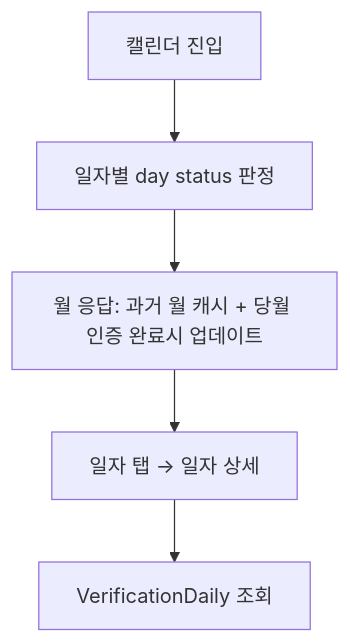
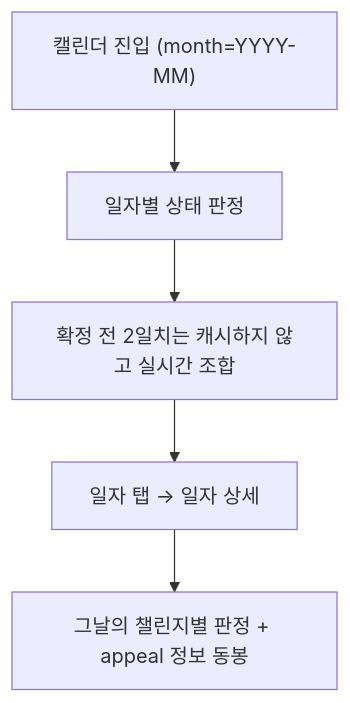
One commit to RuleUp-ASM/Backend changed the fourth of 4 diagrams in docs/profile/마이프로필_캘린더_테크스펙.md. Above: the diagram before and after it, drawn with Mermaid. The commit also changed other lines of this file and 7 other files, not shown here.

````diff
--- a/docs/profile/마이프로필_캘린더_테크스펙.md
+++ b/docs/profile/마이프로필_캘린더_테크스펙.md
@@ -116,7 +125,7 @@
 ```mermaid
 flowchart TD
-    A["캘린더 진입"] --> D["일자별 day status 판정"]
-    D --> E["월 응답: 과거 월 캐시 + 당월 인증 완료시 업데이트"]
+    A["캘린더 진입 (month=YYYY-MM)"] --> D["일자별 상태 판정"]
+    D --> E["확정 전 2일치는 캐시하지 않고 실시간 조합"]
     E --> F["일자 탭 → 일자 상세"]
-    F --> G["VerificationDaily 조회"]
+    F --> G["그날의 챌린지별 판정 + appeal 정보 동봉"]
 ```
````
